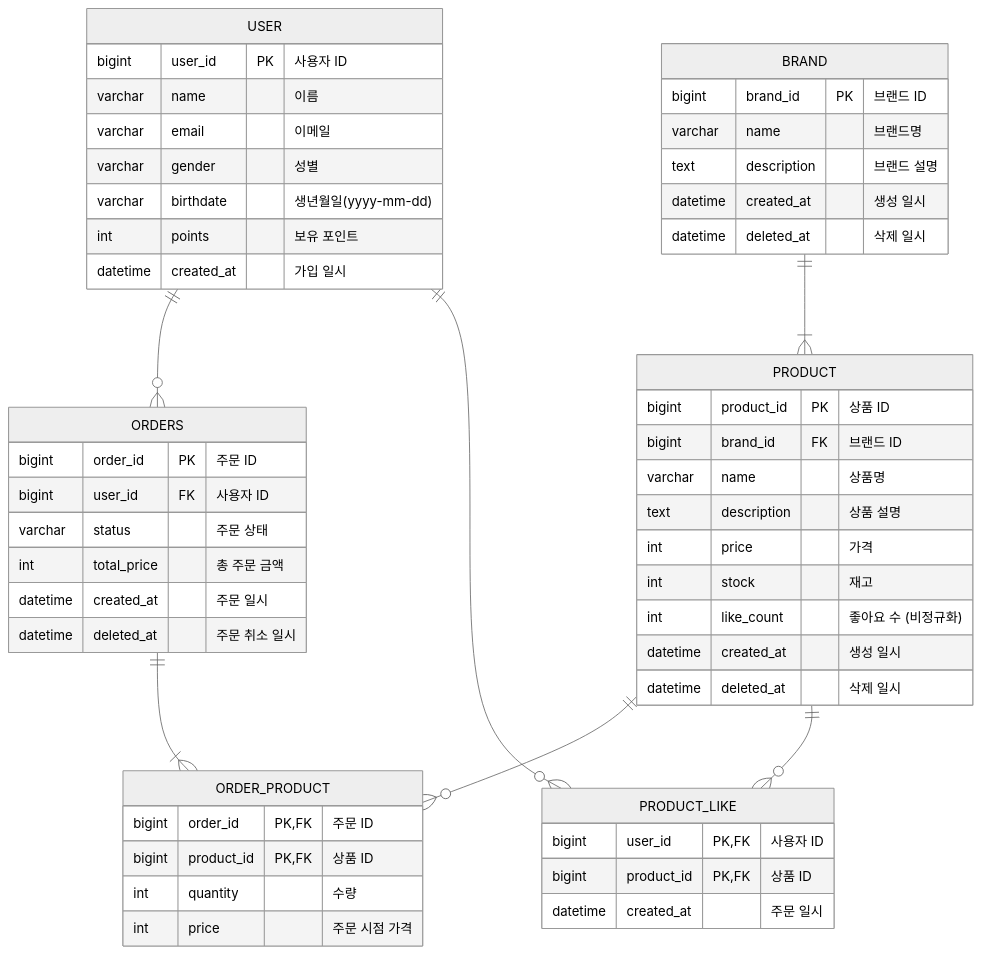
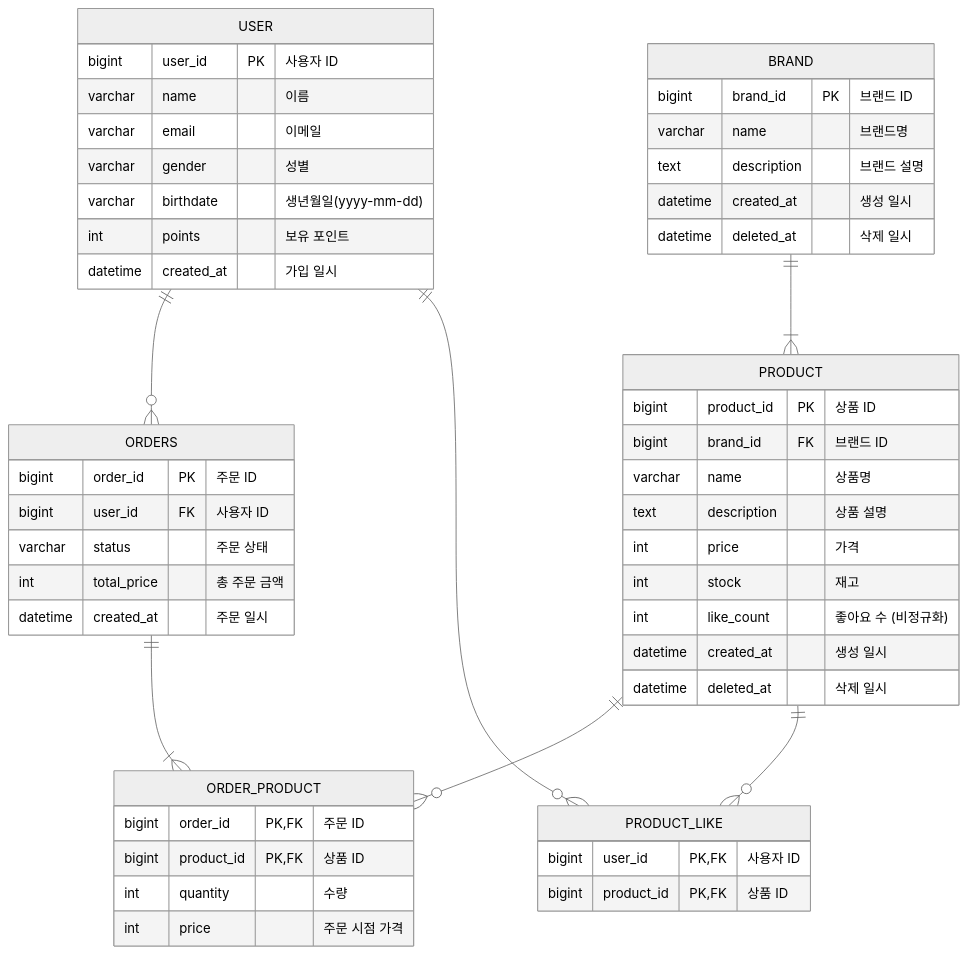
One commit to Loopers-dev-lab/loopers-spring-java-template changed the diagram in docs/week2/04-erd.md. Above: the diagram before and after it, drawn with Mermaid (neutral theme). The commit also changed 2 other files, not shown here.

Commit message:
refactor: 설계문서 피드백 반영
- 01-requirements.md : 부분 실패 시나리오 명확화
- 02-sequence-diagrams.md : 외부 시스템 연동 시 오류 처리 시나리오 추가
- 04-erd.md : 불필요 컬럼 삭제

````diff
--- a/docs/week2/04-erd.md
+++ b/docs/week2/04-erd.md
@@ -3,59 +3,57 @@
 ```mermaid
 erDiagram
     USER {
         bigint user_id PK "사용자 ID"
         varchar name "이름"
         varchar email "이메일"
         varchar gender "성별"
         varchar birthdate "생년월일(yyyy-mm-dd)"
         int points "보유 포인트"
         datetime created_at "가입 일시"
     }
     ORDERS {
         bigint order_id PK "주문 ID"
         bigint user_id FK "사용자 ID"
         varchar status "주문 상태"
         int total_price "총 주문 금액"
         datetime created_at "주문 일시"
-        datetime deleted_at "주문 취소 일시"
     }
     ORDER_PRODUCT {
         bigint order_id PK, FK "주문 ID"
         bigint product_id PK, FK "상품 ID"
         int quantity "수량"
         int price "주문 시점 가격"
     }
     PRODUCT {
         bigint product_id PK "상품 ID"
         bigint brand_id FK "브랜드 ID"
         varchar name "상품명"
         text description "상품 설명"
         int price "가격"
         int stock "재고"
         int like_count "좋아요 수 (비정규화)"
         datetime created_at "생성 일시"
         datetime deleted_at "삭제 일시"
     }
     PRODUCT_LIKE {
         bigint user_id PK, FK "사용자 ID"
         bigint product_id PK, FK "상품 ID"
-        datetime created_at "주문 일시"
     }
     BRAND {
         bigint brand_id PK "브랜드 ID"
         varchar name "브랜드명"
         text description "브랜드 설명"
         datetime created_at "생성 일시"
         datetime deleted_at "삭제 일시"
     }
 
     USER ||--o{ ORDERS : ""
     USER ||--o{ PRODUCT_LIKE : ""
 
     PRODUCT ||--o{ ORDER_PRODUCT : ""
     PRODUCT ||--o{ PRODUCT_LIKE : ""
     
     ORDERS ||--|{ ORDER_PRODUCT : ""
 
     BRAND ||--|{ PRODUCT : ""
 ```
````
